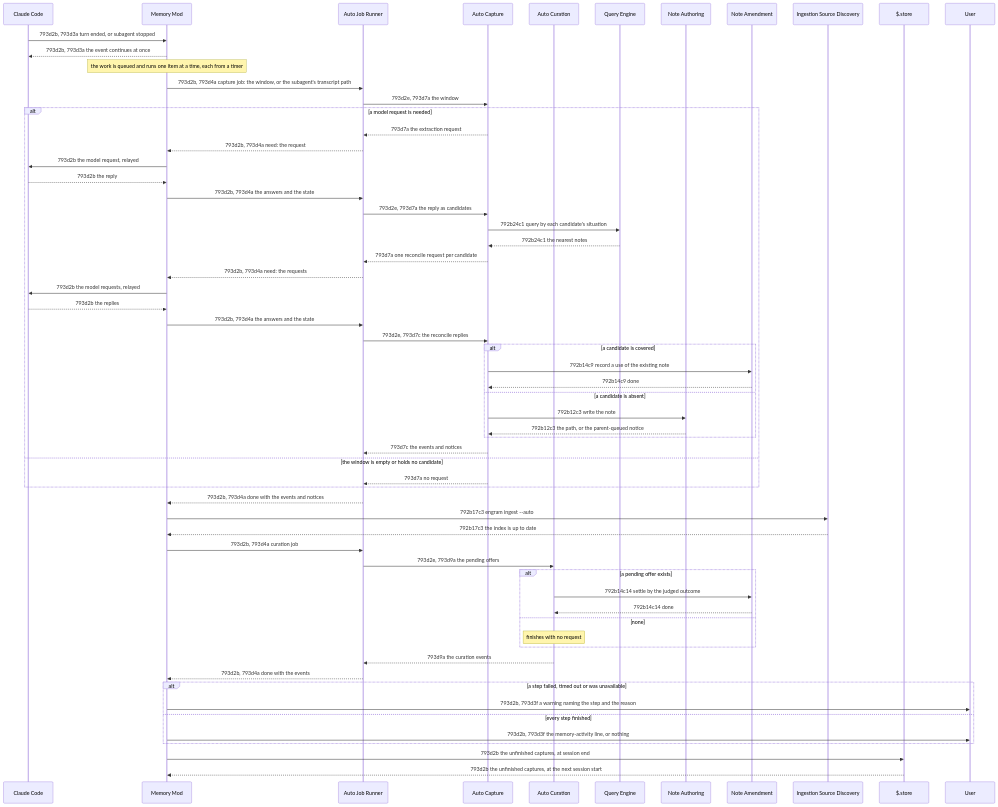
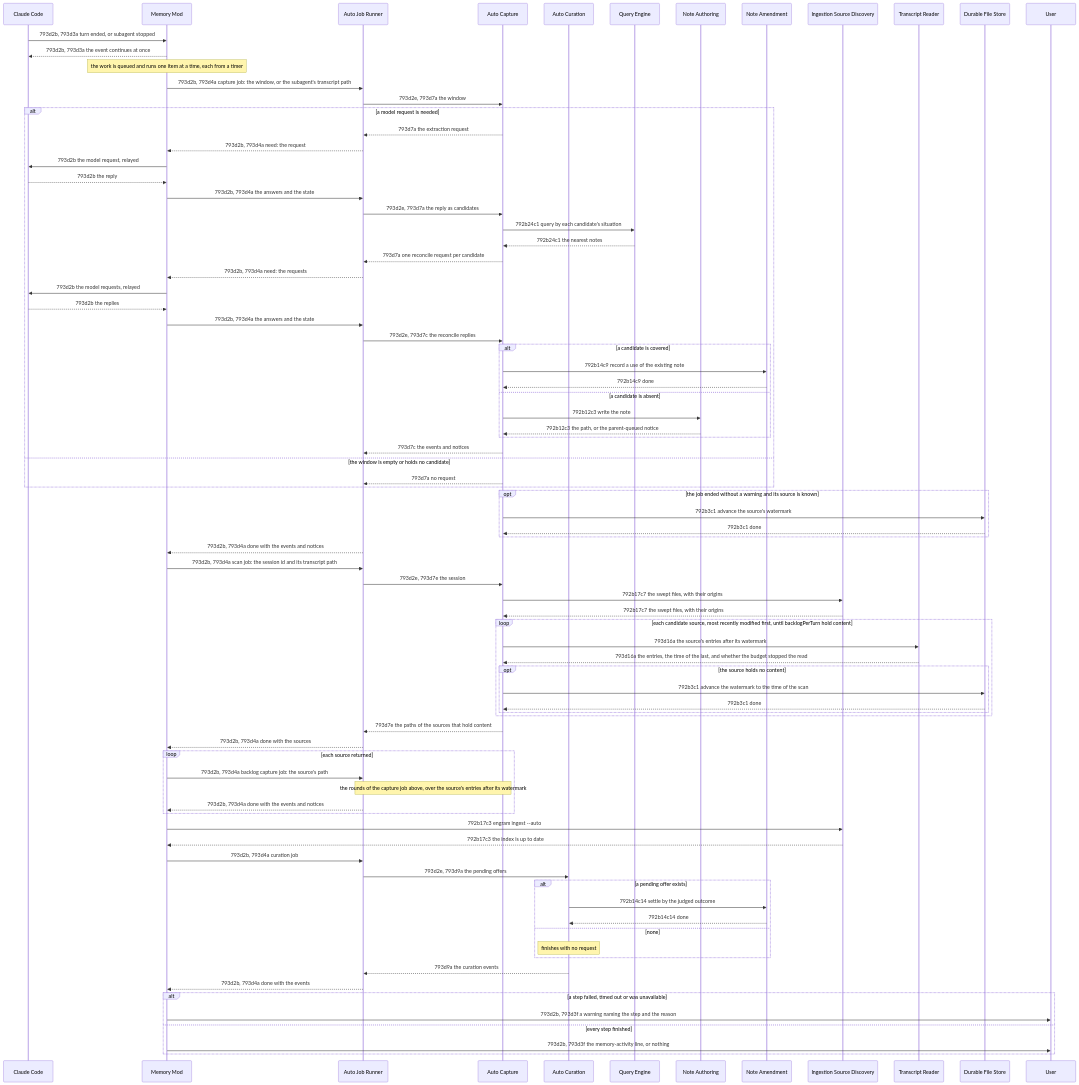
One commit to toejough/engram changed the second of 3 diagrams in docs/changes/793_parallel-memory-agent/793d_technical-spec.md. Above: the diagram before and after it, drawn with Mermaid. The commit also changed other lines of this file and 3 other files, not shown here.

First line of the commit message:
docs(793): backlog capture from any swept transcript; drop the $.store queue

````diff
--- a/docs/changes/793_parallel-memory-agent/793d_technical-spec.md
+++ b/docs/changes/793_parallel-memory-agent/793d_technical-spec.md
@@ -159,7 +162,8 @@
     participant Aut as Note Authoring
     participant Amd as Note Amendment
     participant Ing as Ingestion Source Discovery
-    participant Sto as $.store
+    participant Rdr as Transcript Reader
+    participant Dur as Durable File Store
     participant User as User
 
     CC->>Mod: 793d2b, 793d3a turn ended, or subagent stopped
@@ -193,7 +197,30 @@
     else the window is empty or holds no candidate
         Cap-->>Run: 793d7a no request
     end
+    opt the job ended without a warning and its source is known
+        Cap->>Dur: 792b3c1 advance the source's watermark
+        Dur-->>Cap: 792b3c1 done
+    end
     Run-->>Mod: 793d2b, 793d4a done with the events and notices
+    Mod->>Run: 793d2b, 793d4a scan job: the session id and its transcript path
+    Run->>Cap: 793d2e, 793d7e the session
+    Cap->>Ing: 792b17c7 the swept files, with their origins
+    Ing-->>Cap: 792b17c7 the swept files, with their origins
+    loop each candidate source, most recently modified first, until backlogPerTurn hold content
+        Cap->>Rdr: 793d16a the source's entries after its watermark
+        Rdr-->>Cap: 793d16a the entries, the time of the last, and whether the budget stopped the read
+        opt the source holds no content
+            Cap->>Dur: 792b3c1 advance the watermark to the time of the scan
+            Dur-->>Cap: 792b3c1 done
+        end
+    end
+    Cap-->>Run: 793d7e the paths of the sources that hold content
+    Run-->>Mod: 793d2b, 793d4a done with the sources
+    loop each source returned
+        Mod->>Run: 793d2b, 793d4a backlog capture job: the source's path
+        Note over Run,Cap: the rounds of the capture job above, over the source's entries after its watermark
+        Run-->>Mod: 793d2b, 793d4a done with the events and notices
+    end
     Mod->>Ing: 792b17c3 engram ingest --auto
     Ing-->>Mod: 792b17c3 the index is up to date
     Mod->>Run: 793d2b, 793d4a curation job
@@ -211,6 +238,4 @@
     else every step finished
         Mod->>User: 793d2b, 793d3f the memory-activity line, or nothing
     end
-    Mod->>Sto: 793d2b the unfinished captures, at session end
-    Sto-->>Mod: 793d2b the unfinished captures, at the next session start
 ```
````
